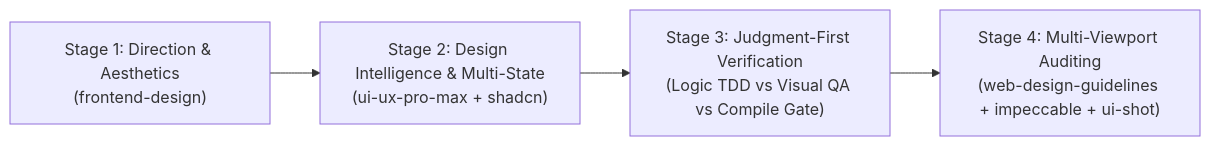
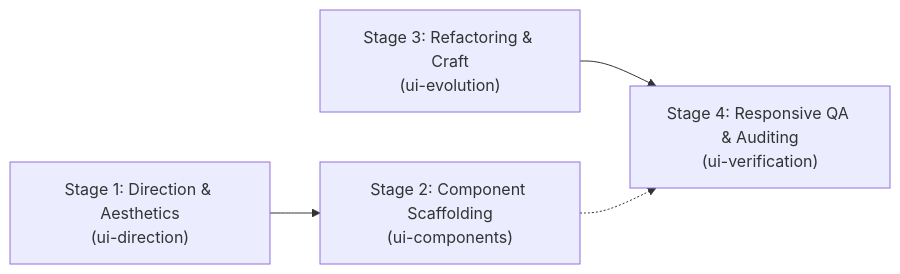
The first of 2 diagrams in README.md (samwork64/hyperpowers), drawn with Mermaid before and after one commit. The commit also changed other lines of this file and 231 other files, not shown here.

````diff
--- a/README.md
+++ b/README.md
@@ -120,6 +120,6 @@
 ```mermaid
 flowchart LR
-    A["Stage 1: Direction & Aesthetics<br/>(frontend-design)"] --> B["Stage 2: Design Intelligence & Multi-State<br/>(ui-ux-pro-max + shadcn)"]
-    B --> C["Stage 3: Judgment-First Verification<br/>(Logic TDD vs Visual QA vs Compile Gate)"]
-    C --> D["Stage 4: Multi-Viewport Auditing<br/>(web-design-guidelines + impeccable + ui-shot)"]
+    A["Stage 1: Direction & Aesthetics<br/>(ui-direction)"] --> B["Stage 2: Component Scaffolding<br/>(ui-components)"]
+    C["Stage 3: Refactoring & Craft<br/>(ui-evolution)"] --> D["Stage 4: Responsive QA & Auditing<br/>(ui-verification)"]
+    B -.-> D
 ```
````
